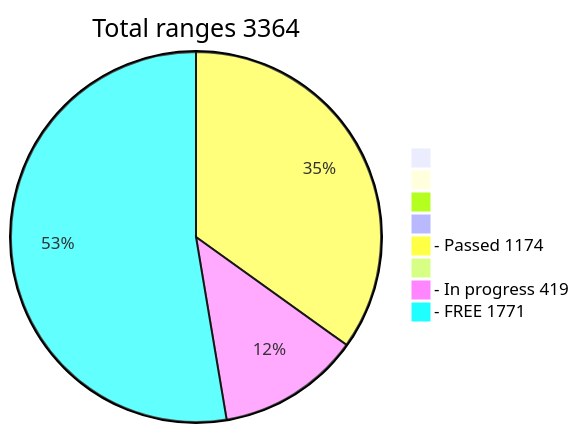
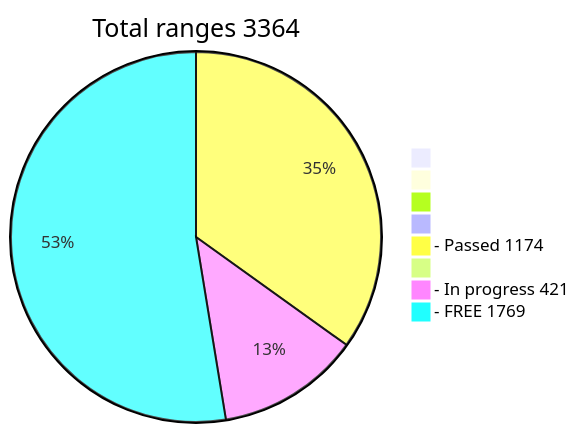
Before and after one commit to phrutis/wif500: the diagram in README.md, drawn with Mermaid.

````diff
--- a/README.md
+++ b/README.md
@@ -16,12 +16,12 @@
 ```mermaid
 pie title Total ranges 3364
              " " : 0
             "  " : 0
            "   " : 0
           "    " : 0
   "- Passed 1174" : 1174
          "     " : 0
-  "- In progress 419" : 419
-   "- FREE 1771" : 1771
+  "- In progress 421" : 421
+   "- FREE 1769" : 1769
    
 ```
````
